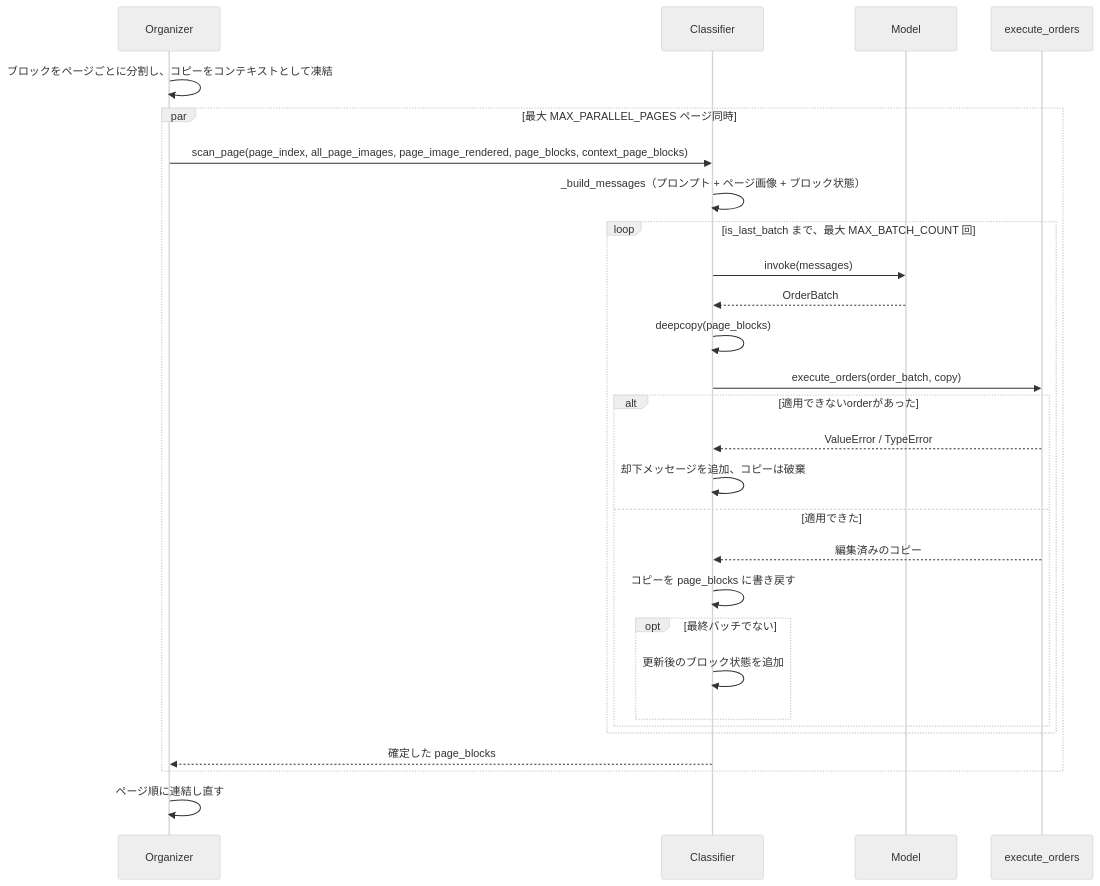
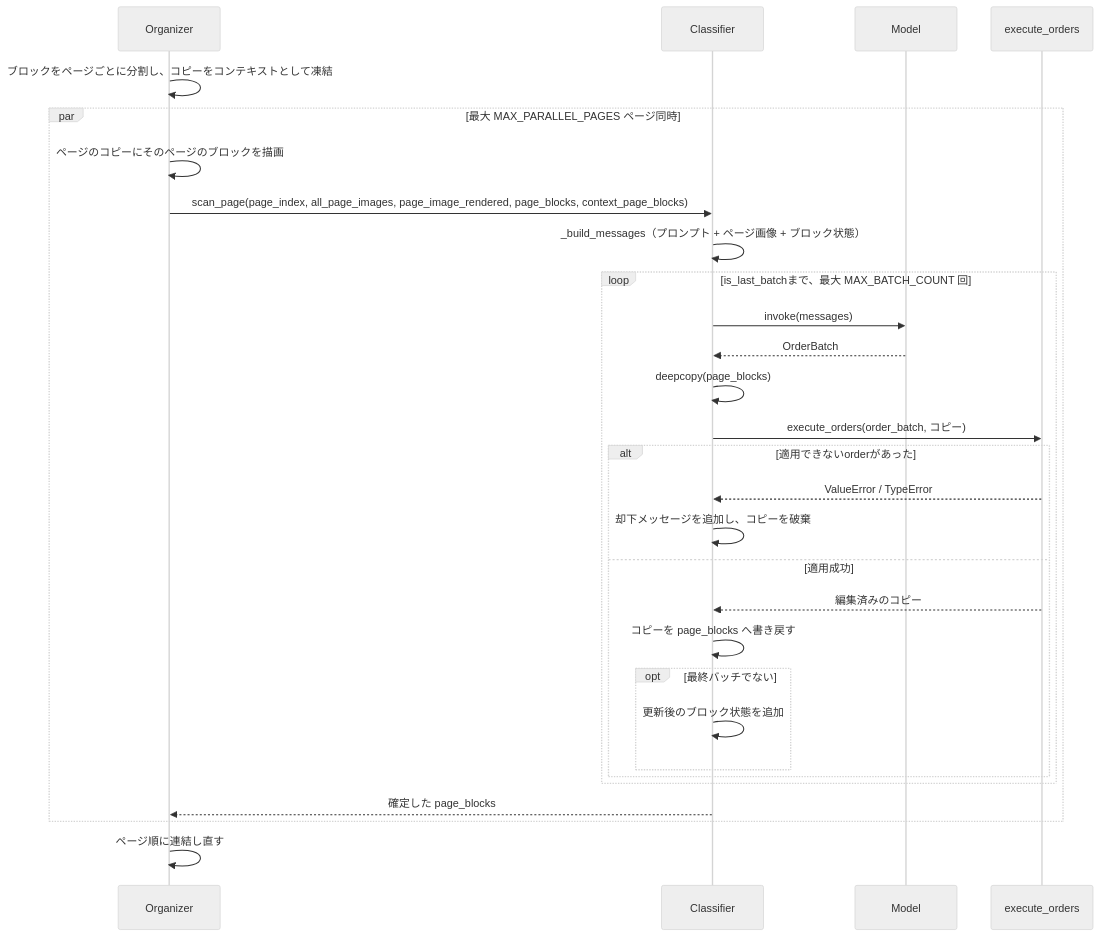
Before and after one commit to konbraphat51/SuperSuat: the second of 3 diagrams in Uploader/OcrModule/Blocked/Docs/StructureOrganizer.ja.md, drawn with Mermaid (neutral theme). The commit also changed other lines of this file and 28 other files, not shown here.

````diff
--- a/Uploader/OcrModule/Blocked/Docs/StructureOrganizer.ja.md
+++ b/Uploader/OcrModule/Blocked/Docs/StructureOrganizer.ja.md
@@ -119,30 +129,31 @@
 ```mermaid
 sequenceDiagram
     participant Organizer
     participant Classifier
     participant Model
     participant Executor as execute_orders
     Organizer->>Organizer: ブロックをページごとに分割し、コピーをコンテキストとして凍結
     par 最大 MAX_PARALLEL_PAGES ページ同時
+    Organizer->>Organizer: ページのコピーにそのページのブロックを描画
     Organizer->>Classifier: scan_page(page_index, all_page_images, page_image_rendered, page_blocks, context_page_blocks)
     Classifier->>Classifier: _build_messages（プロンプト + ページ画像 + ブロック状態）
-    loop is_last_batch まで、最大 MAX_BATCH_COUNT 回
+    loop is_last_batchまで、最大 MAX_BATCH_COUNT 回
         Classifier->>Model: invoke(messages)
         Model-->>Classifier: OrderBatch
         Classifier->>Classifier: deepcopy(page_blocks)
-        Classifier->>Executor: execute_orders(order_batch, copy)
+        Classifier->>Executor: execute_orders(order_batch, コピー)
         alt 適用できないorderがあった
             Executor-->>Classifier: ValueError / TypeError
-            Classifier->>Classifier: 却下メッセージを追加、コピーは破棄
-        else 適用できた
+            Classifier->>Classifier: 却下メッセージを追加し、コピーを破棄
+        else 適用成功
             Executor-->>Classifier: 編集済みのコピー
-            Classifier->>Classifier: コピーを page_blocks に書き戻す
+            Classifier->>Classifier: コピーを page_blocks へ書き戻す
             opt 最終バッチでない
                 Classifier->>Classifier: 更新後のブロック状態を追加
             end
         end
     end
     Classifier-->>Organizer: 確定した page_blocks
     end
     Organizer->>Organizer: ページ順に連結し直す
 ```
````
